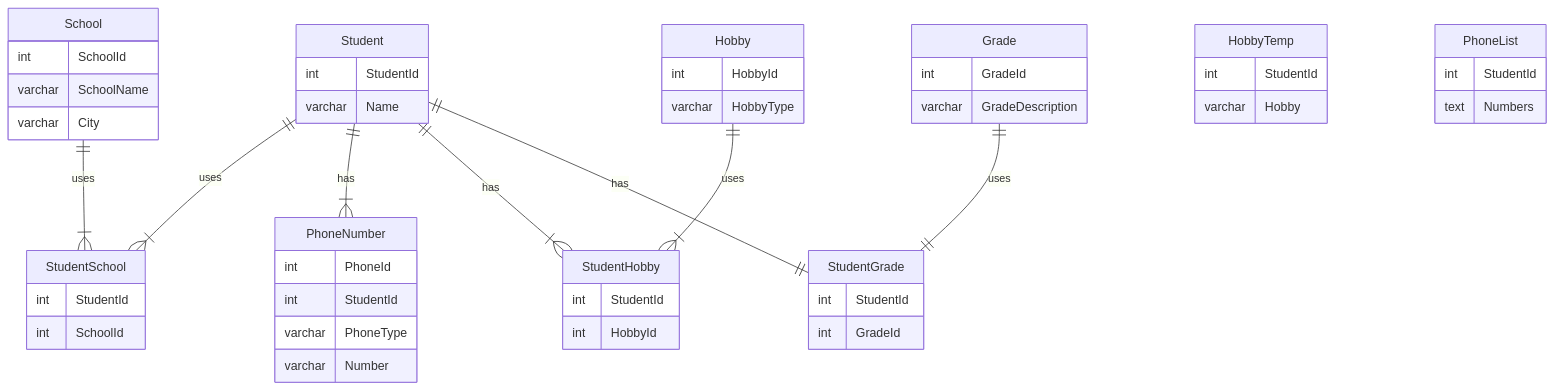
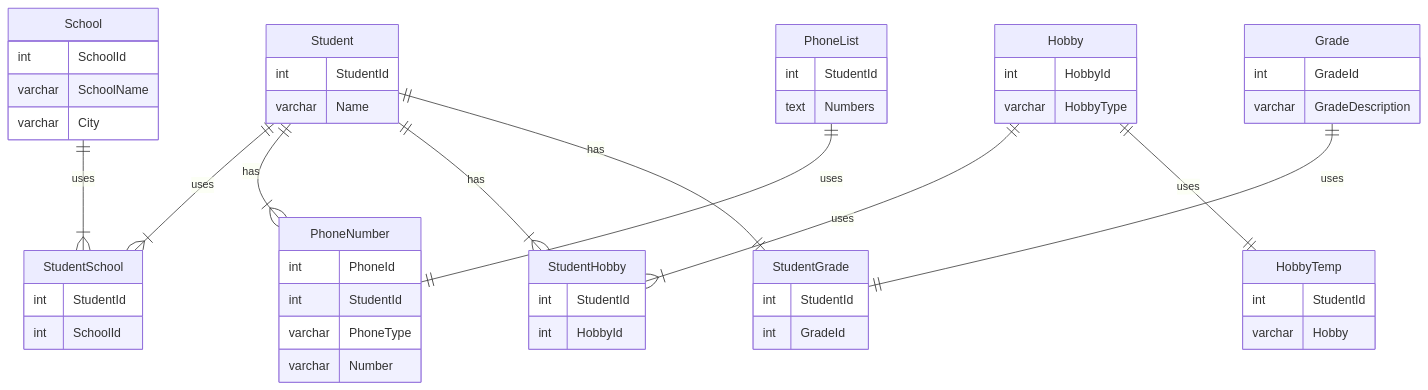
Before and after one commit to HannahDJU22/db2022-Projekt1: the diagram in README.md, drawn with Mermaid.

Commit message:
incl views in er-diagram

````diff
--- a/README.md
+++ b/README.md
@@ -6,53 +6,55 @@
 ```mermaid
 erDiagram
 Student {
 int StudentId
 varchar Name
 }
 School {
 int SchoolId
 varchar SchoolName
 varchar City
 }
 StudentSchool{
 int StudentId
 int SchoolId
 }
 PhoneNumber{
 int PhoneId
 int StudentId
 varchar PhoneType
 varchar Number
 }
 Hobby{
 int HobbyId
 varchar HobbyType
 }
 StudentHobby{
 int StudentId
 int HobbyId
 }
 Grade{
 int GradeId
 varchar GradeDescription
 }
 StudentGrade{
 int StudentId
 int GradeId
 }
 HobbyTemp{
 int StudentId
 varchar Hobby
 }
 PhoneList{
 int StudentId
 text Numbers
 }
 Student ||--|{ StudentSchool : uses
 School ||--|{ StudentSchool : uses
 Student ||--|{ PhoneNumber : has
 Student ||--|{ StudentHobby : has
 Hobby ||--|{ StudentHobby : uses
 Student ||--|| StudentGrade : has
 Grade ||--|| StudentGrade : uses
+Hobby ||--|| HobbyTemp : uses
+PhoneList ||--|| PhoneNumber : uses
 ```
````
